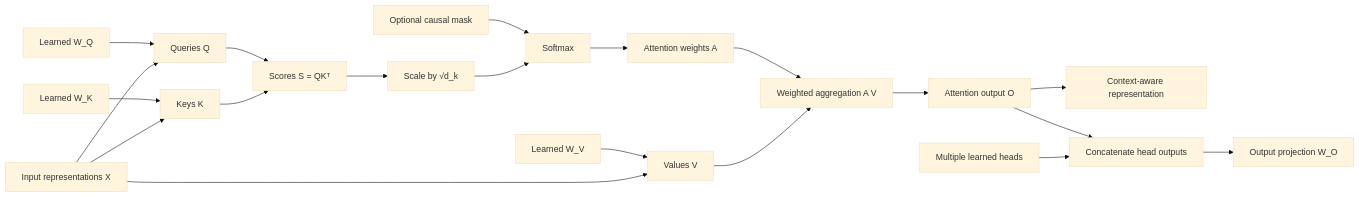
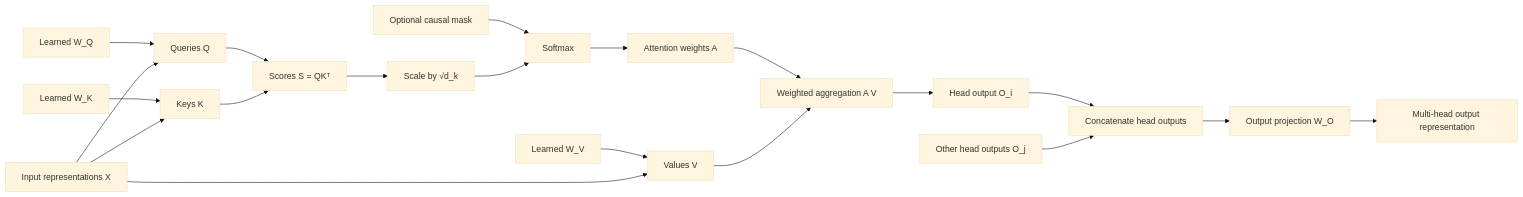
One commit to JM-Brun/llm-lab changed the first of 2 diagrams in docs/source-reviews/qkv-learning-graph-comparison-2026-11.md. Above: the diagram before and after it, drawn with Mermaid (base theme).

Commit message:
Clarify per-head output and multi-head composition graph

````diff
--- a/docs/source-reviews/qkv-learning-graph-comparison-2026-11.md
+++ b/docs/source-reviews/qkv-learning-graph-comparison-2026-11.md
@@ -25,23 +25,23 @@
 ```mermaid
 flowchart LR
     X["Input representations X"]
     WQ["Learned W_Q"] --> Q["Queries Q"]
     WK["Learned W_K"] --> K["Keys K"]
     WV["Learned W_V"] --> V["Values V"]
     X --> Q
     X --> K
     X --> V
     Q --> S["Scores S = QKᵀ"]
     K --> S
     S --> SCALE["Scale by √d_k"]
     MASK["Optional causal mask"] --> SOFTMAX["Softmax"]
     SCALE --> SOFTMAX
     SOFTMAX --> A["Attention weights A"]
     A --> AGG["Weighted aggregation A V"]
     V --> AGG
-    AGG --> O["Attention output O"]
-    O --> H["Context-aware representation"]
+    AGG --> O["Head output O_i"]
     O --> CONCAT["Concatenate head outputs"]
-    HEADS["Multiple learned heads"] --> CONCAT
+    HEADS["Other head outputs O_j"] --> CONCAT
     CONCAT --> WO["Output projection W_O"]
+    WO --> H["Multi-head output representation"]
 ```
````
